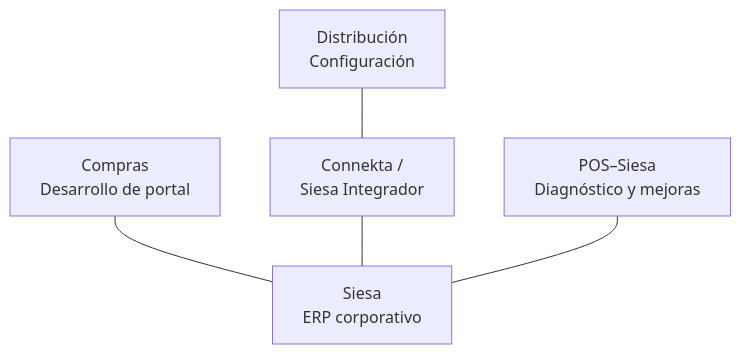
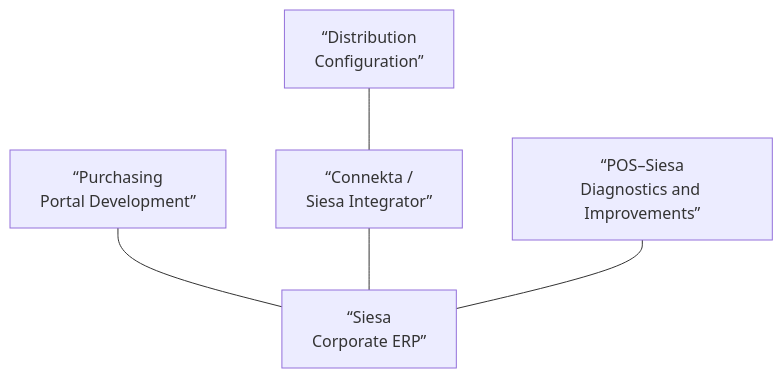
The diagram in case-study-siesa.md (jotaprogramming/Portfolio), drawn with Mermaid before and after one commit. The commit also changed other lines of this file, not shown here.

First line of the commit message:
Translate and update Siesa case study

````diff
--- a/case-study-siesa.md
+++ b/case-study-siesa.md
@@ -25,8 +25,8 @@
 ```mermaid
 flowchart TB
-    S["Siesa<br/>ERP corporativo"]
-    A["Compras<br/>Desarrollo de portal"] --- S
-    B["Distribución<br/>Configuración"] --- M["Connekta /<br/>Siesa Integrador"]
+    S[“Siesa<br/>Corporate ERP”]
+    A[“Purchasing<br/>Portal Development”] --- S
+    B[“Distribution<br/>Configuration”] --- M[“Connekta /<br/>Siesa Integrator”]
     M --- S
-    C["POS–Siesa<br/>Diagnóstico y mejoras"] --- S
+    C[“POS–Siesa<br/>Diagnostics and Improvements”] --- S
 ```
````
